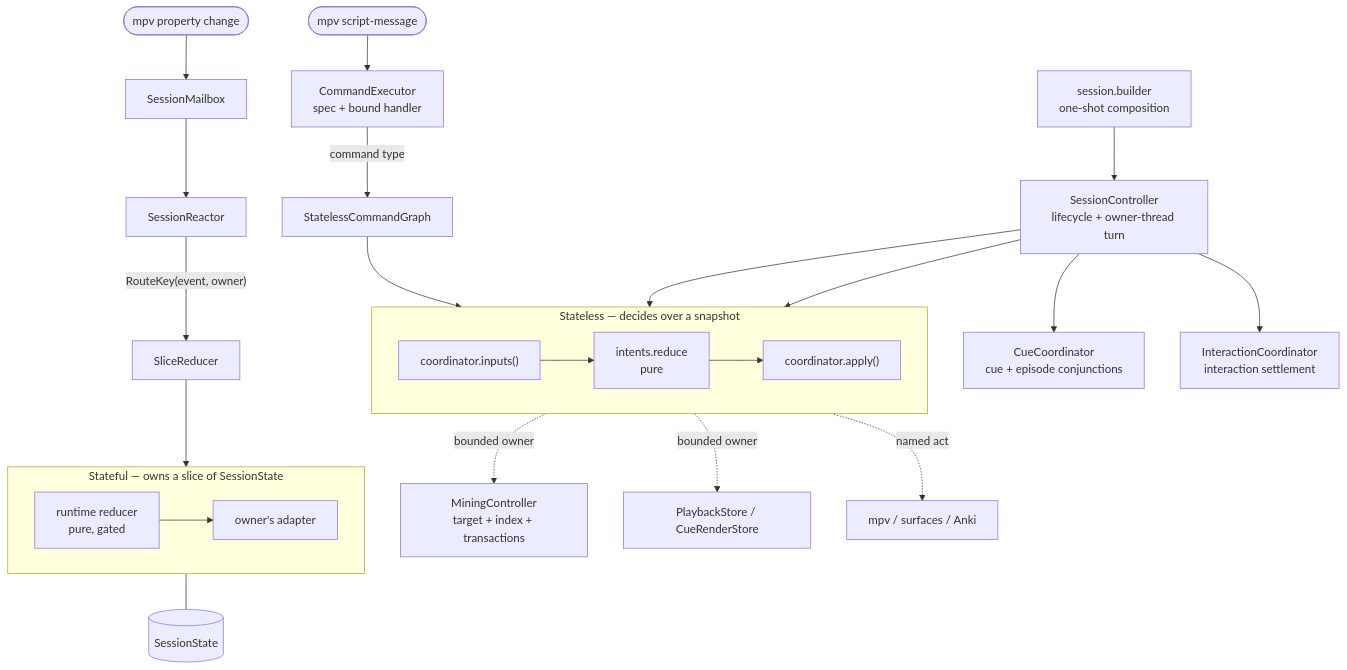
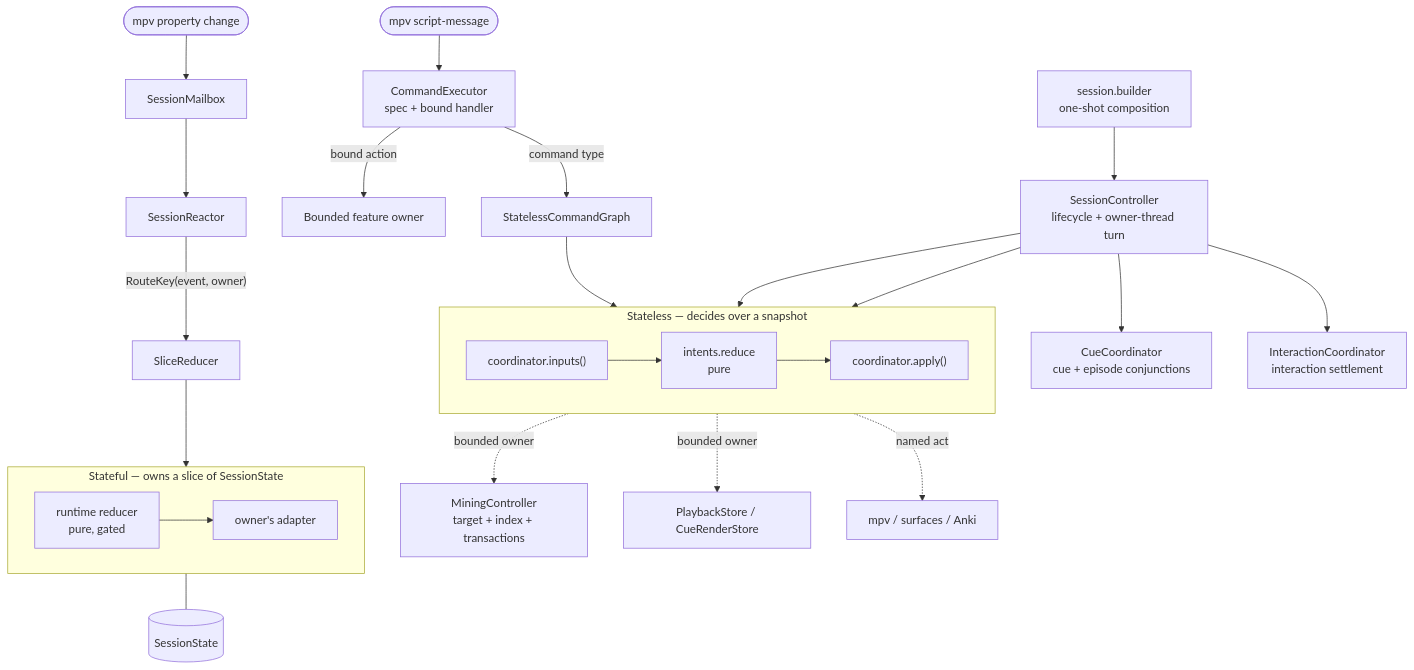
Before and after one commit to serjflint/saitenka: the diagram in ARCHITECTURE.md, drawn with Mermaid. The commit also changed other lines of this file and 11 other files, not shown here.

````diff
--- a/ARCHITECTURE.md
+++ b/ARCHITECTURE.md
@@ -149,31 +153,32 @@
 ```mermaid
 flowchart TB
     key(["mpv script-message"]) --> exec["CommandExecutor<br/>spec + bound handler"]
     exec -->|command type| srouter["StatelessCommandGraph"]
+    exec -->|bound action| action["Bounded feature owner"]
     obs(["mpv property change"]) --> mailbox["SessionMailbox"]
     mailbox --> reactor["SessionReactor"]
     reactor -->|"RouteKey(event, owner)"| slice["SliceReducer"]
 
     subgraph L1["Stateless — decides over a snapshot"]
         direction LR
         gather["coordinator.inputs()"] --> policy["intents.reduce<br/>pure"]
         policy --> perform["coordinator.apply()"]
     end
 
     subgraph L2["Stateful — owns a slice of SessionState"]
         direction LR
         reduce["runtime reducer<br/>pure, gated"] --> owner["owner's adapter"]
     end
 
     srouter --> L1
     slice --> L2
     compose["session.builder<br/>one-shot composition"] --> controller["SessionController<br/>lifecycle + owner-thread turn"]
     controller --> gather
     controller --> perform
     controller --> cue["CueCoordinator<br/>cue + episode conjunctions"]
     controller --> interaction["InteractionCoordinator<br/>interaction settlement"]
     gather -. "bounded owner" .-> mining["MiningController<br/>target + index + transactions"]
     gather -. "bounded owner" .-> playback["PlaybackStore / CueRenderStore"]
     perform -. "named act" .-> sinks["mpv / surfaces / Anki"]
     reduce --- state[(SessionState)]
 ```
````
